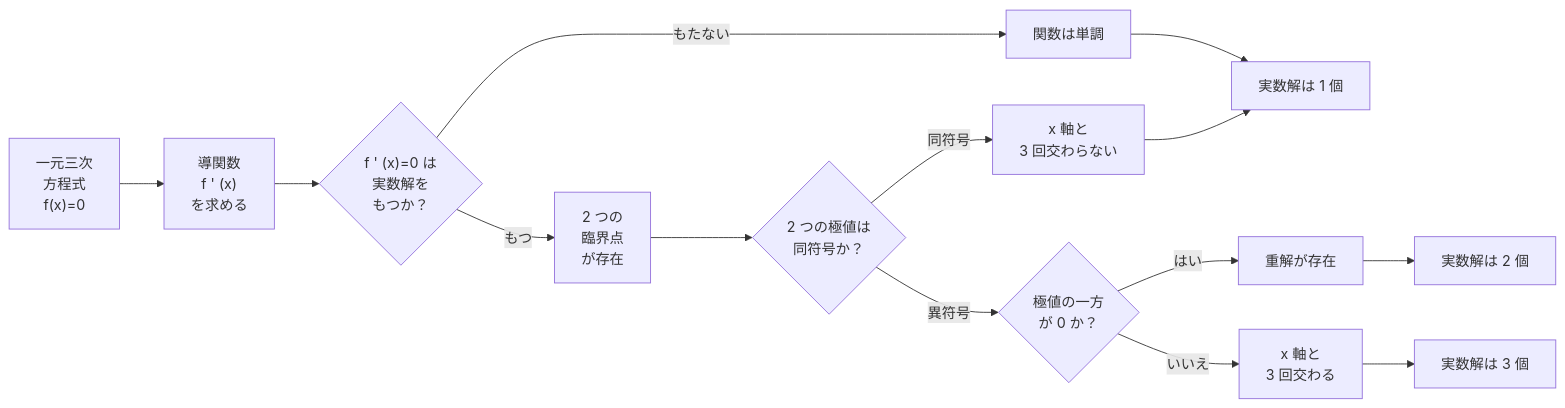
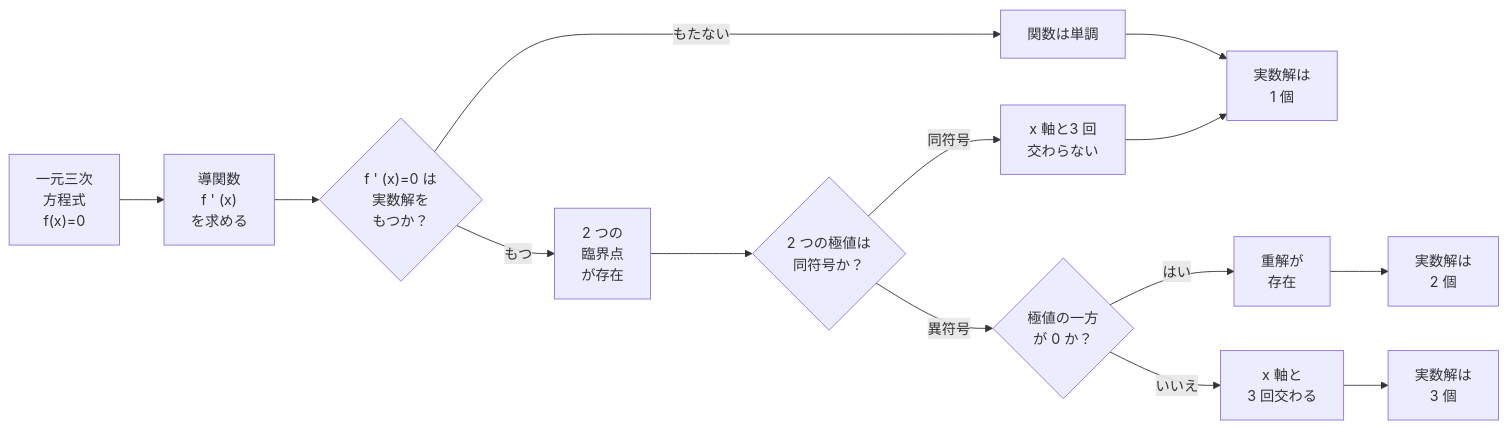
One commit to jekyll-hyn/studynotes changed the diagram in src/content/blog/cubicEquationInOneVariable.md. Above: the diagram before and after it, drawn with Mermaid. The commit also changed other lines of this file and 1 other file, not shown here.

Commit message:
Changes to be committed: 	modified:   src/components/Mermaid.astro 	modified:   src/content/blog/cubicEquationInOneVariable.md

````diff
--- a/src/content/blog/cubicEquationInOneVariable.md
+++ b/src/content/blog/cubicEquationInOneVariable.md
@@ -8,23 +8,23 @@
 ```mermaid
 flowchart LR
     A["一元三次<br/>方程式<br/>f(x)=0"] --> B["導関数<br/> f ' (x)<br/>を求める"]
     B --> C{"f ' (x)=0 は<br/>実数解を<br/>もつか？"}
 
     C -- "もたない" --> D["関数は単調"]
-    D --> E["実数解は 1 個"]
+    D --> E["実数解は<br/> 1 個"]
 
     C -- "もつ" --> F["2 つの<br/>臨界点<br/>が存在"]
     F --> G{"2 つの極値は<br/>同符号か？"}
 
-    G -- "同符号" --> H["x 軸と<br/>3 回交わらない"]
+    G -- "同符号" --> H["x 軸と3 回<br/>交わらない"]
     H --> E
 
     G -- "異符号" --> I{"極値の一方<br/>が 0 か？"}
 
-    I -- "はい" --> J["重解が存在"]
-    J --> K["実数解は 2 個"]
+    I -- "はい" --> J["重解が<br/>存在"]
+    J --> K["実数解は<br/> 2 個"]
 
     I -- "いいえ" --> L["x 軸と<br/>3 回交わる"]
-    L --> M["実数解は 3 個"]
+    L --> M["実数解は<br/> 3 個"]
 
 ```
````
